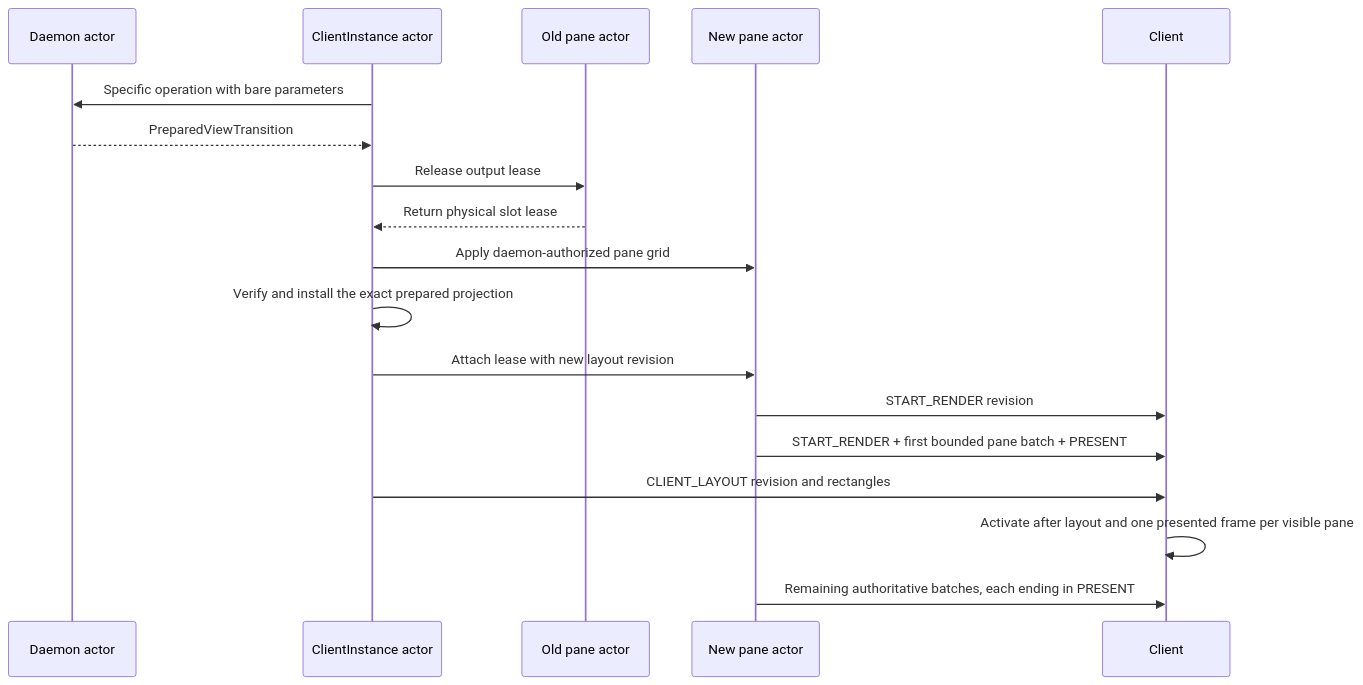
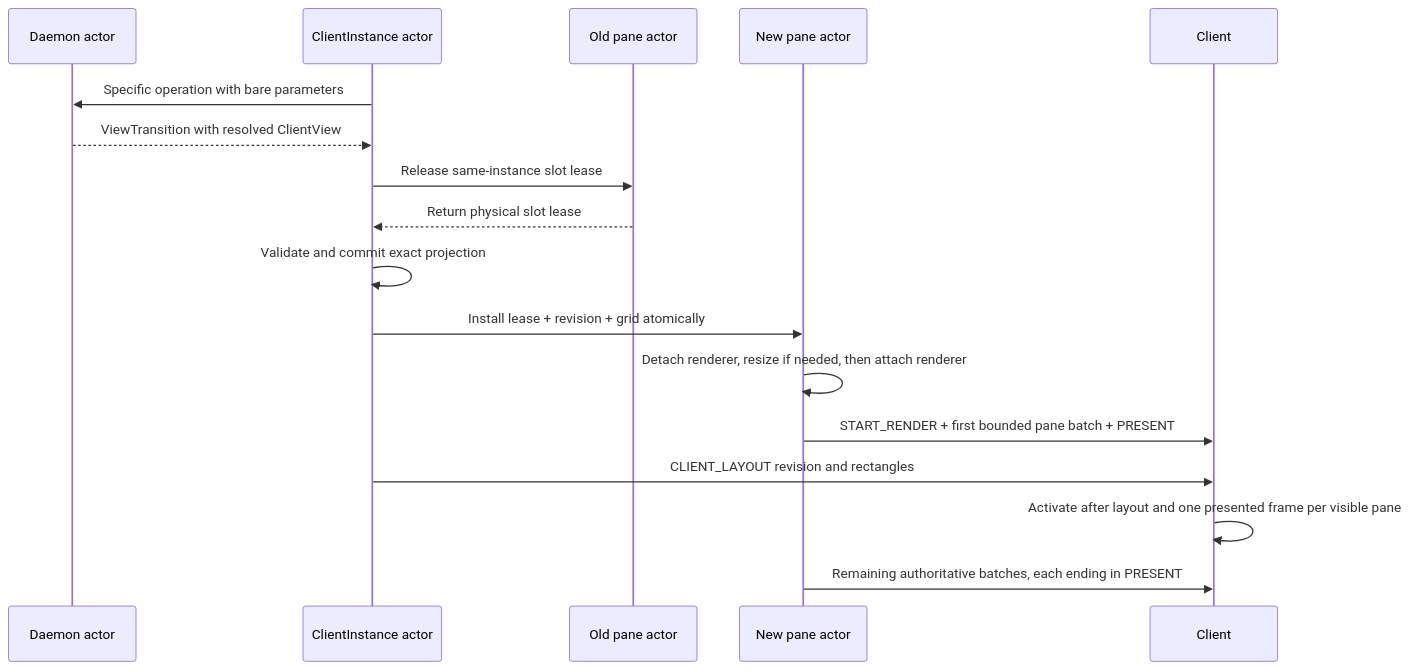
One commit to garindra/meja changed the seventh of 9 diagrams in ARCHITECTURE.md. Above: the diagram before and after it, drawn with Mermaid. The commit also changed other lines of this file and 4 other files, not shown here.

First line of the commit message:
docs: update architecture, reference, and project documentation

````diff
--- a/ARCHITECTURE.md
+++ b/ARCHITECTURE.md
@@ -938,21 +909,20 @@
 ```mermaid
 sequenceDiagram
     participant D as Daemon actor
     participant S as ClientInstance actor
     participant O as Old pane actor
     participant N as New pane actor
     participant C as Client
 
     S->>D: Specific operation with bare parameters
-    D-->>S: PreparedViewTransition
-    S->>O: Release output lease
+    D-->>S: ViewTransition with resolved ClientView
+    S->>O: Release same-instance slot lease
     O-->>S: Return physical slot lease
-    S->>N: Apply daemon-authorized pane grid
-    S->>S: Verify and install the exact prepared projection
-    S->>N: Attach lease with new layout revision
-    N->>C: START_RENDER revision
+    S->>S: Validate and commit exact projection
+    S->>N: Install lease + revision + grid atomically
+    N->>N: Detach renderer, resize if needed, then attach renderer
     N->>C: START_RENDER + first bounded pane batch + PRESENT
     S->>C: CLIENT_LAYOUT revision and rectangles
     C->>C: Activate after layout and one presented frame per visible pane
     N->>C: Remaining authoritative batches, each ending in PRESENT
 ```
````
